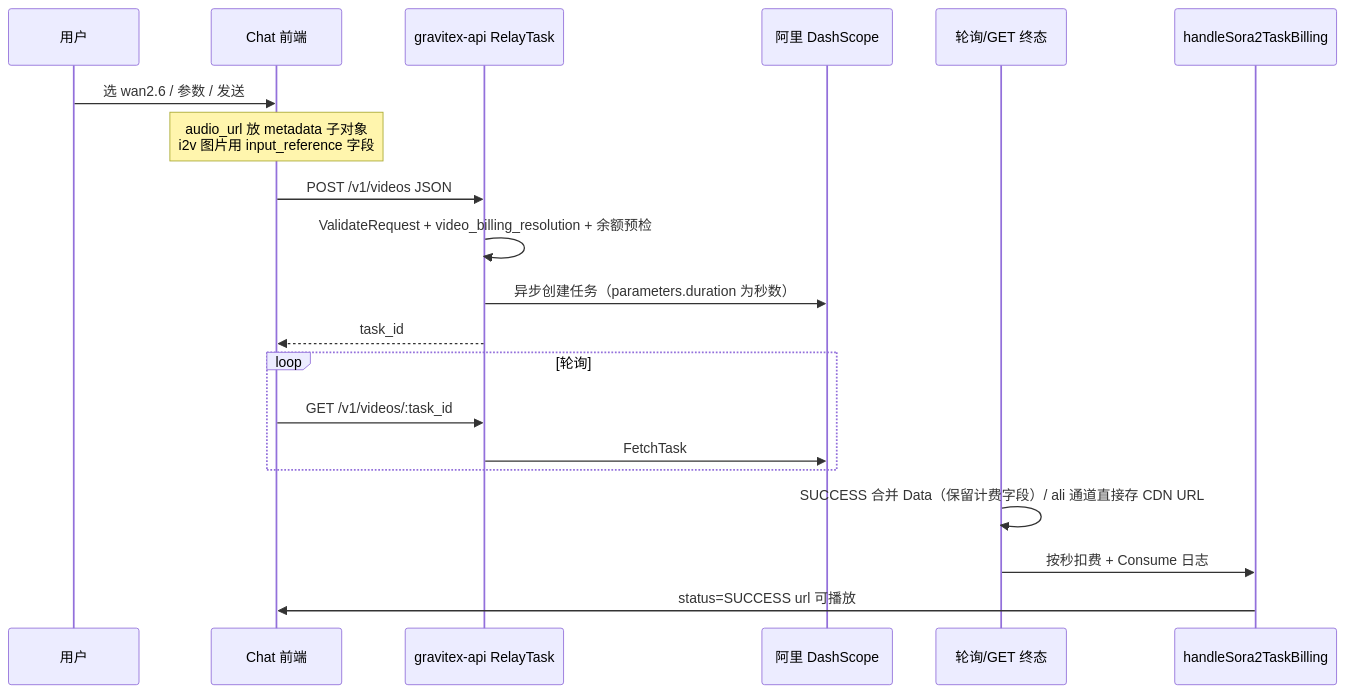
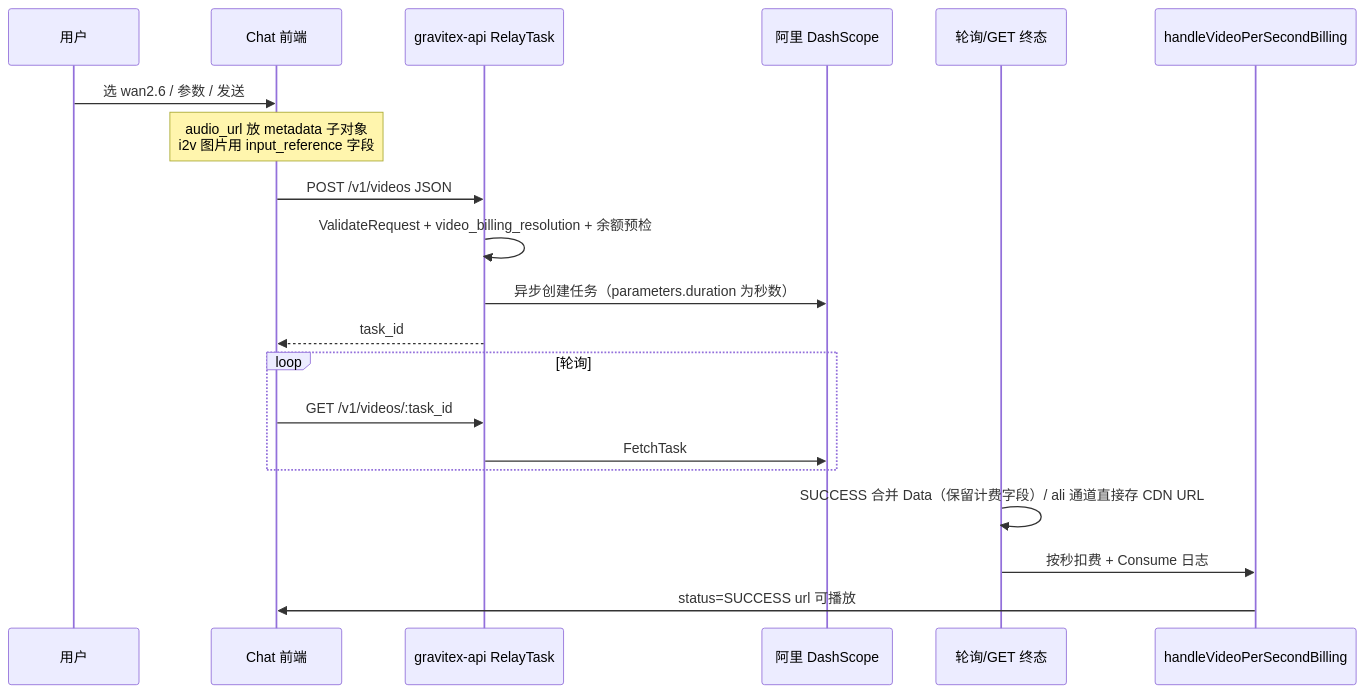
Before and after one commit to GravitexAI/gravitex-api: the second of 2 diagrams in docs/wan26-model-square-chat-backend-scenarios.md, drawn with Mermaid. The commit also changed other lines of this file and 7 other files, not shown here.

Commit message:
feat:chz 视频按秒计费日志新增分辨率/音频维度落库,handleSora2TaskBilling 重命名为 handleVideoPerSecondBilling

````diff
--- a/docs/wan26-model-square-chat-backend-scenarios.md
+++ b/docs/wan26-model-square-chat-backend-scenarios.md
@@ -217,23 +217,23 @@
 ```mermaid
 sequenceDiagram
   participant U as 用户
   participant C as Chat 前端
   participant G as gravitex-api RelayTask
   participant A as 阿里 DashScope
   participant P as 轮询/GET 终态
-  participant B as handleSora2TaskBilling
+  participant B as handleVideoPerSecondBilling
 
   U->>C: 选 wan2.6 / 参数 / 发送
   Note over C: audio_url 放 metadata 子对象<br/>i2v 图片用 input_reference 字段
   C->>G: POST /v1/videos JSON
   G->>G: ValidateRequest + video_billing_resolution + 余额预检
   G->>A: 异步创建任务（parameters.duration 为秒数）
   G-->>C: task_id
   loop 轮询
     C->>G: GET /v1/videos/:task_id
     G->>A: FetchTask
   end
   P->>P: SUCCESS 合并 Data（保留计费字段）/ ali 通道直接存 CDN URL
   P->>B: 按秒扣费 + Consume 日志
   B->>C: status=SUCCESS url 可播放
 ```
````
